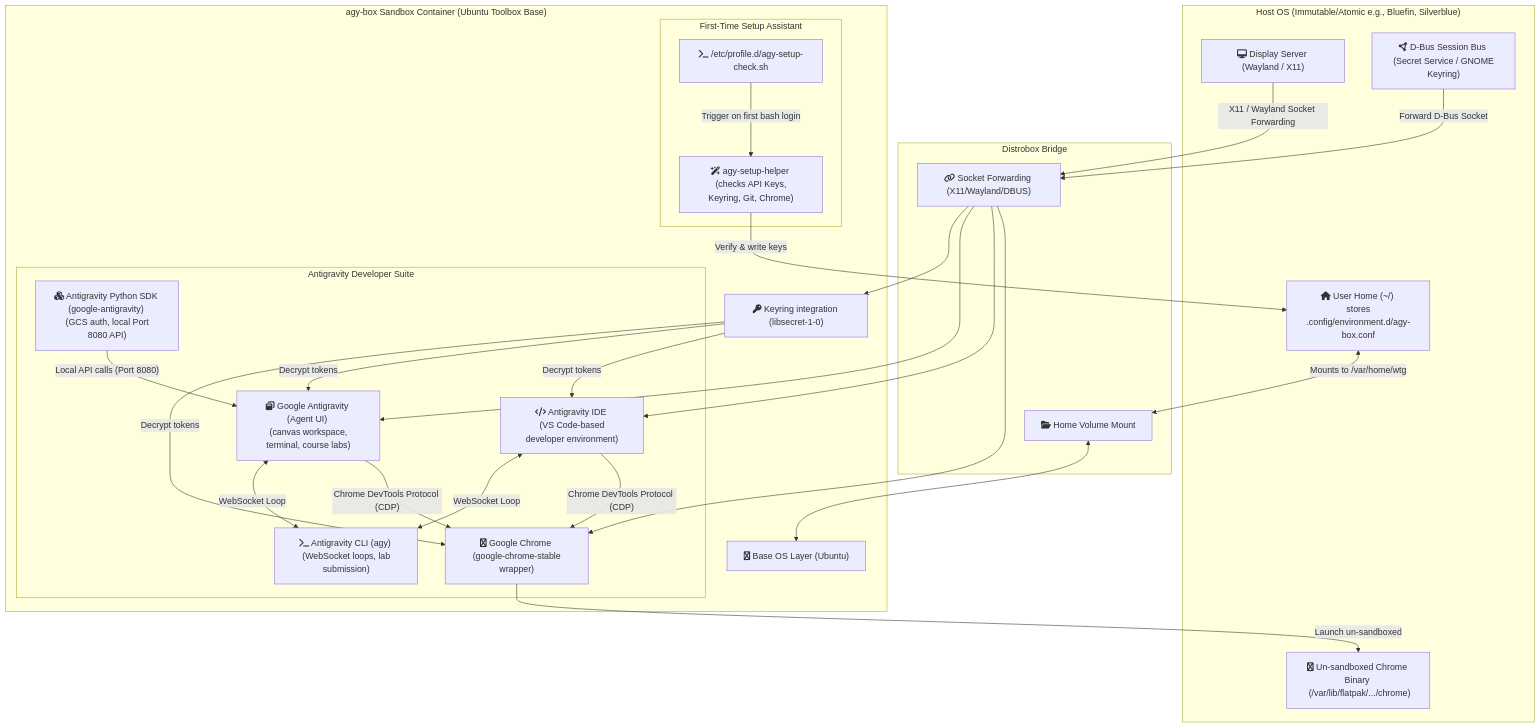
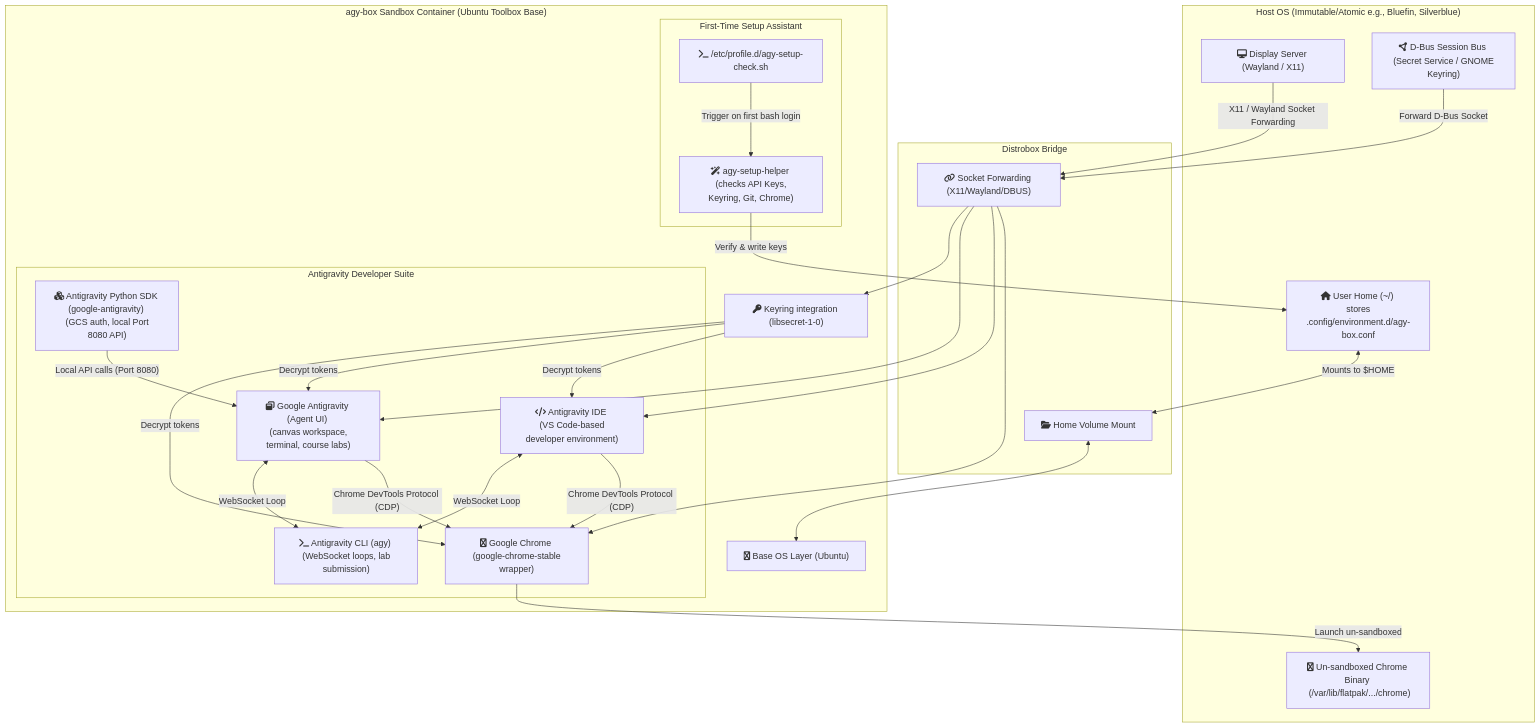
The diagram in docs/diagrams/system-topology.mmd (wtg-codes/agy-box), drawn with Mermaid before and after one commit. The commit also changed 26 other files, not shown here.

```diff
--- a/docs/diagrams/system-topology.mmd
+++ b/docs/diagrams/system-topology.mmd
@@ -1,65 +1,65 @@
 graph TD
     subgraph Host ["Host OS (Immutable/Atomic e.g., Bluefin, Silverblue)"]
         UserHome["fa:fa-home User Home (~/) <br> stores .config/environment.d/agy-box.conf"]
         Display["fa:fa-desktop Display Server (Wayland / X11)"]
         DBus["fa:fa-circle-nodes D-Bus Session Bus <br> (Secret Service / GNOME Keyring)"]
         FlatpakChrome["fa:fa-chrome Un-sandboxed Chrome Binary <br> (/var/lib/flatpak/.../chrome)"]
     end
 
     subgraph Bridge ["Distrobox Bridge"]
         MountHome["fa:fa-folder-open Home Volume Mount"]
         ForwardSockets["fa:fa-link Socket Forwarding (X11/Wayland/DBUS)"]
     end
 
     subgraph Sandbox ["agy-box Sandbox Container (Ubuntu Toolbox Base)"]
         BaseOS["fa:fa-linux Base OS Layer (Ubuntu)"]
         KeyringClient["fa:fa-key Keyring integration (libsecret-1-0)"]
         
         subgraph Setup ["First-Time Setup Assistant"]
             SetupHelper["fa:fa-wand-magic-sparkles agy-setup-helper <br> (checks API Keys, Keyring, Git, Chrome)"]
             ProfileHook["fa:fa-terminal /etc/profile.d/agy-setup-check.sh"]
         end
 
         subgraph Suite ["Antigravity Developer Suite"]
             AgentUI["fa:fa-window-restore Google Antigravity (Agent UI) <br> (canvas workspace, terminal, course labs)"]
             IDE["fa:fa-code Antigravity IDE <br> (VS Code-based developer environment)"]
             CLI["fa:fa-terminal Antigravity CLI (agy) <br> (WebSocket loops, lab submission)"]
             SDK["fa:fa-cubes Antigravity Python SDK (google-antigravity) <br> (GCS auth, local Port 8080 API)"]
             ChromeWrapper["fa:fa-chrome Google Chrome <br> (google-chrome-stable wrapper)"]
         end
     end
 
-    UserHome <-->|"Mounts to /var/home/wtg"| MountHome
+    UserHome <-->|"Mounts to $HOME"| MountHome
     MountHome <--> BaseOS
     
     DBus -->|"Forward D-Bus Socket"| ForwardSockets
     ForwardSockets --> KeyringClient
     KeyringClient -->|"Decrypt tokens"| ChromeWrapper
     KeyringClient -->|"Decrypt tokens"| AgentUI
     KeyringClient -->|"Decrypt tokens"| IDE
     
     Display -->|"X11 / Wayland Socket Forwarding"| ForwardSockets
     ForwardSockets --> AgentUI
     ForwardSockets --> IDE
     ForwardSockets --> ChromeWrapper
     
     AgentUI <-->|"WebSocket Loop"| CLI
     IDE <-->|"WebSocket Loop"| CLI
     SDK -->|"Local API calls (Port 8080)"| AgentUI
     AgentUI -->|"Chrome DevTools Protocol (CDP)"| ChromeWrapper
     IDE -->|"Chrome DevTools Protocol (CDP)"| ChromeWrapper
     ChromeWrapper -->|"Launch un-sandboxed"| FlatpakChrome
     
     ProfileHook -->|"Trigger on first bash login"| SetupHelper
     SetupHelper -->|"Verify & write keys"| UserHome
 
     %% Modern Theme Styling
     classDef host host;
     classDef bridge bridge;
     classDef sandbox sandbox;
     classDef setup setup;
 
     class UserHome,Display,DBus,FlatpakChrome host;
     class MountHome,ForwardSockets bridge;
     class BaseOS,KeyringClient,IDE,CLI,SDK,ChromeWrapper,AgentUI sandbox;
     class SetupHelper,ProfileHook setup;
```
